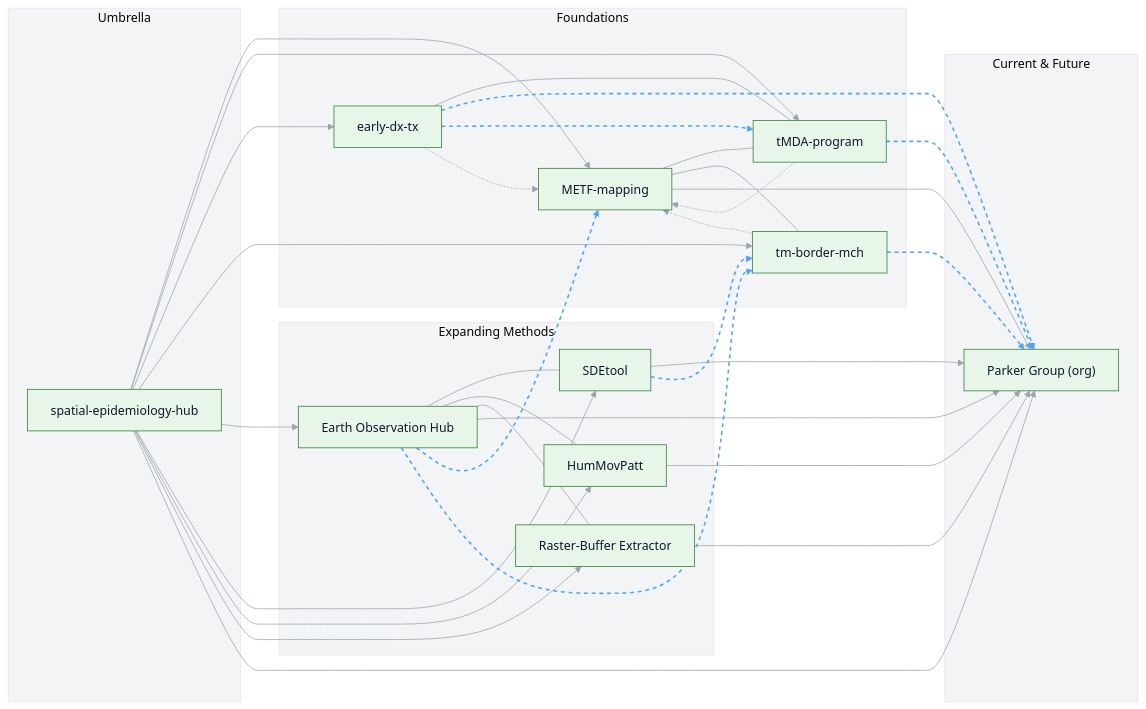
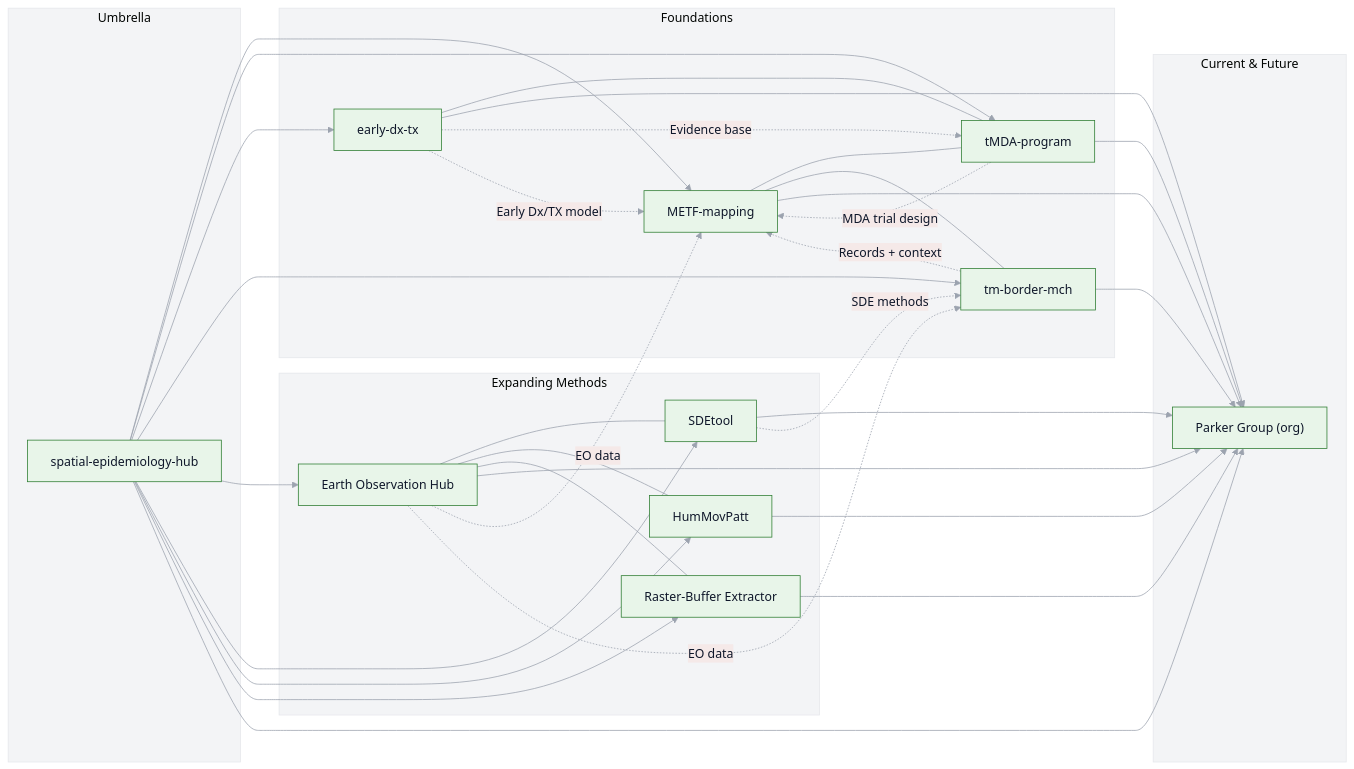
The diagram in README.md (DMParker1/spatial-epidemiology-hub), drawn with Mermaid before and after one commit.

````diff
--- a/README.md
+++ b/README.md
@@ -40,81 +40,72 @@
 ```mermaid
 %%{init: {"theme":"base","themeVariables":{
   "background":"#FAFAFA",
   "clusterBkg":"#F3F4F6",
   "clusterBorder":"#E5E7EB",
   "primaryColor":"#E8F5E9",
   "primaryBorderColor":"#2E7D32",
   "primaryTextColor":"#0F172A",
   "lineColor":"#9CA3AF"
 }}}%%
 flowchart LR
   subgraph A[Foundations]
     METF["METF-mapping"]
     EDT["early-dx-tx"]
     MCH["tm-border-mch"]
     tMDA["tMDA-program"]
   end
 
   subgraph B[Expanding Methods]
     EO["Earth Observation Hub"]
     SDE["SDEtool"]
     HUM["HumMovPatt"]
     RBE["Raster-Buffer Extractor"]
   end
 
   subgraph C[Umbrella]
     GIS["spatial-epidemiology-hub"]
   end
 
   subgraph D[Current & Future]
     PG["Parker Group (org)"]
   end
 
   %% umbrella links (solid)
   GIS --> METF
   GIS --> tMDA
   GIS --> EDT
   GIS --> MCH
   GIS --> EO
   GIS --> SDE
   GIS --> HUM
   GIS --> RBE
   GIS --> PG
 
   %% method/theme crosslinks (solid)
   EO --- SDE
   EO --- HUM
   EO --- RBE
   METF --- tMDA
   EDT --- tMDA
   METF --- MCH
 
   %% convergence to Parker Group (solid)
   EO --> PG
   SDE --> PG
   HUM --> PG
   RBE --> PG
   METF --> PG
   tMDA --> PG
   EDT --> PG
   MCH --> PG
 
-  %% historical/methodological influence (dashed arrows)
-  EO -.-> METF
-  EO -.-> MCH
-  SDE -.-> MCH
-  EDT -.-> tMDA
-  tMDA -.-> METF
-  EDT -.-> METF
-  MCH -.-> METF
-
-  %% style the dashed arrows (light blue)
-  linkStyle 20 stroke:#4DA3FF,stroke-width:2px,stroke-dasharray:5 5;
-  linkStyle 21 stroke:#4DA3FF,stroke-width:2px,stroke-dasharray:5 5;
-  linkStyle 22 stroke:#4DA3FF,stroke-width:2px,stroke-dasharray:5 5;
-  linkStyle 23 stroke:#4DA3FF,stroke-width:2px,stroke-dasharray:5 5;
-  linkStyle 24 stroke:#4DA3FF,stroke-width:2px,stroke-dasharray:5 5;
-  linkStyle 25 stroke:#4DA3FF,stroke-width:2px,stroke-dasharray:5 5;
-  linkStyle 26 stroke:#4DA3FF,stroke-width:2px,stroke-dasharray:5 5;
+  %% historical/methodological influence (dashed with labels)
+  EO -. EO data .-> METF
+  EO -. EO data .-> MCH
+  SDE -. SDE methods .-> MCH
+  EDT -. Evidence base .-> tMDA
+  tMDA -. MDA trial design .-> METF
+  EDT -. Early Dx/TX model .-> METF
+  MCH -. Records + context .-> METF
 
 ```
````
